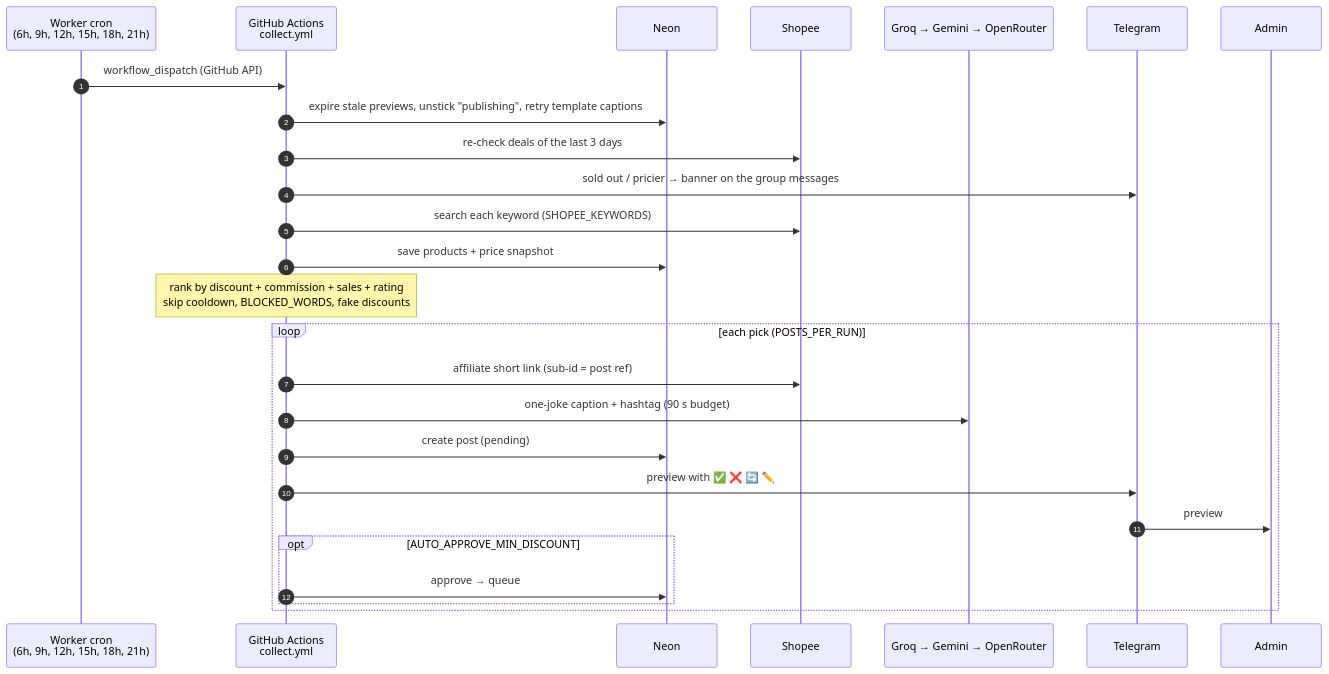
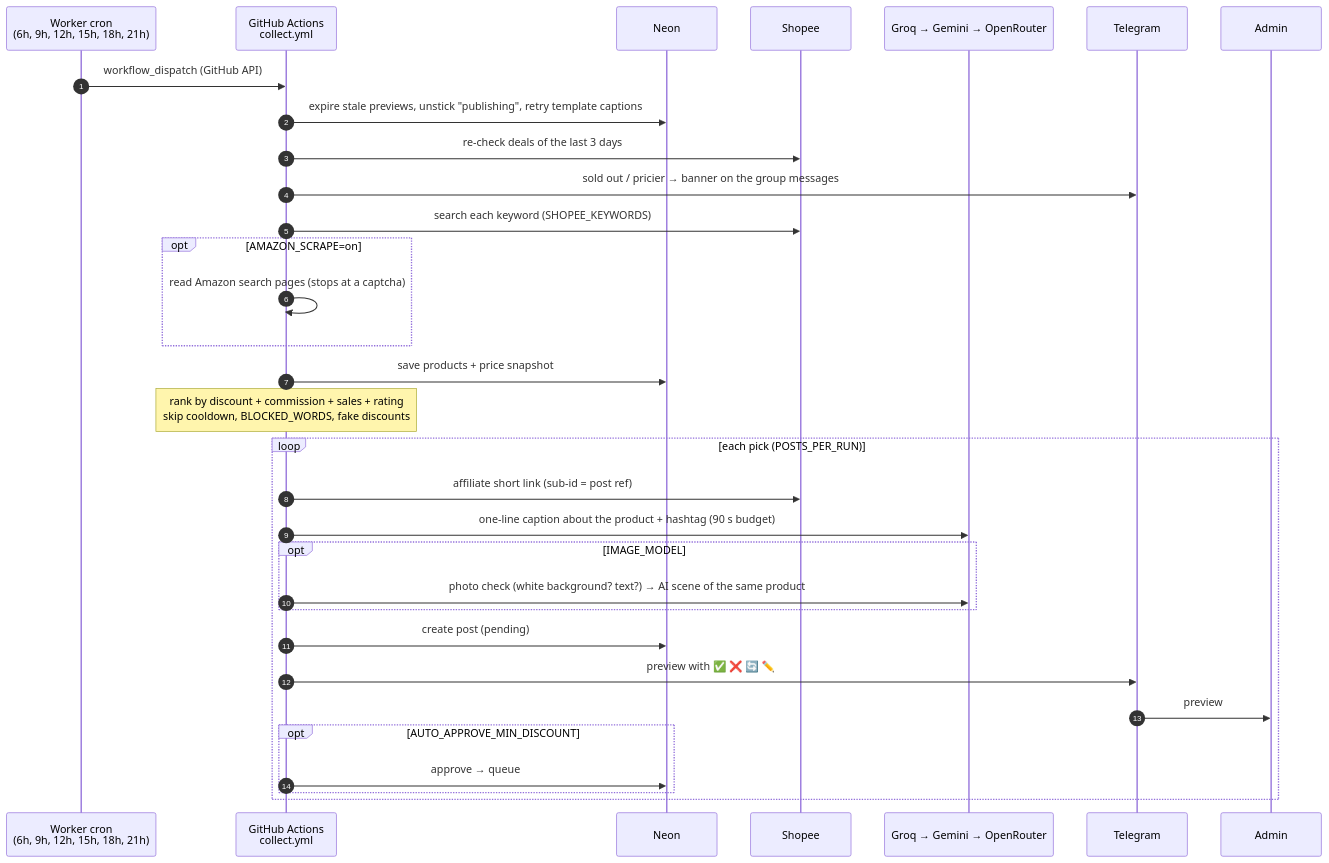
One commit to David-Ackerman/dev-das-promos changed the fourth of 9 diagrams in docs/ARCHITECTURE.md. Above: the diagram before and after it, drawn with Mermaid. The commit also changed other lines of this file and 28 other files, not shown here.

First line of the commit message:
feat: product-focused captions, AI scene photos, opt-in Amazon search reader

````diff
--- a/docs/ARCHITECTURE.md
+++ b/docs/ARCHITECTURE.md
@@ -148,29 +148,35 @@
 ```mermaid
 sequenceDiagram
   autonumber
   participant Cron as Worker cron<br/>(6h, 9h, 12h, 15h, 18h, 21h)
   participant GH as GitHub Actions<br/>collect.yml
   participant DB as Neon
   participant Shopee
   participant AI as Groq → Gemini → OpenRouter
   participant TG as Telegram
   participant Admin
 
   Cron->>GH: workflow_dispatch (GitHub API)
   GH->>DB: expire stale previews, unstick "publishing", retry template captions
   GH->>Shopee: re-check deals of the last 3 days
   GH->>TG: sold out / pricier → banner on the group messages
   GH->>Shopee: search each keyword (SHOPEE_KEYWORDS)
+  opt AMAZON_SCRAPE=on
+    GH->>GH: read Amazon search pages (stops at a captcha)
+  end
   GH->>DB: save products + price snapshot
   Note over GH: rank by discount + commission + sales + rating<br/>skip cooldown, BLOCKED_WORDS, fake discounts
   loop each pick (POSTS_PER_RUN)
     GH->>Shopee: affiliate short link (sub-id = post ref)
-    GH->>AI: one-joke caption + hashtag (90 s budget)
+    GH->>AI: one-line caption about the product + hashtag (90 s budget)
+    opt IMAGE_MODEL
+      GH->>AI: photo check (white background? text?) → AI scene of the same product
+    end
     GH->>DB: create post (pending)
     GH->>TG: preview with ✅ ❌ 🔄 ✏️
     TG->>Admin: preview
     opt AUTO_APPROVE_MIN_DISCOUNT
       GH->>DB: approve → queue
     end
   end
 ```
````
